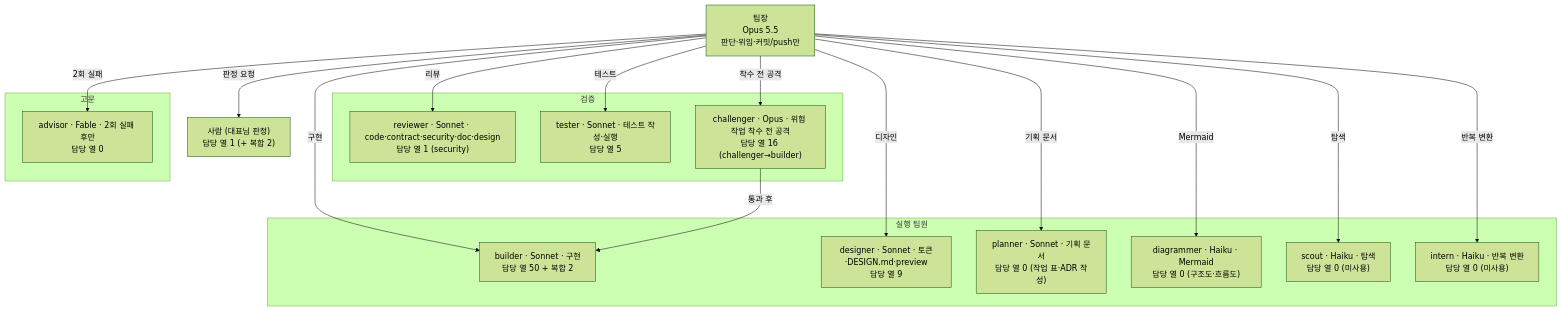
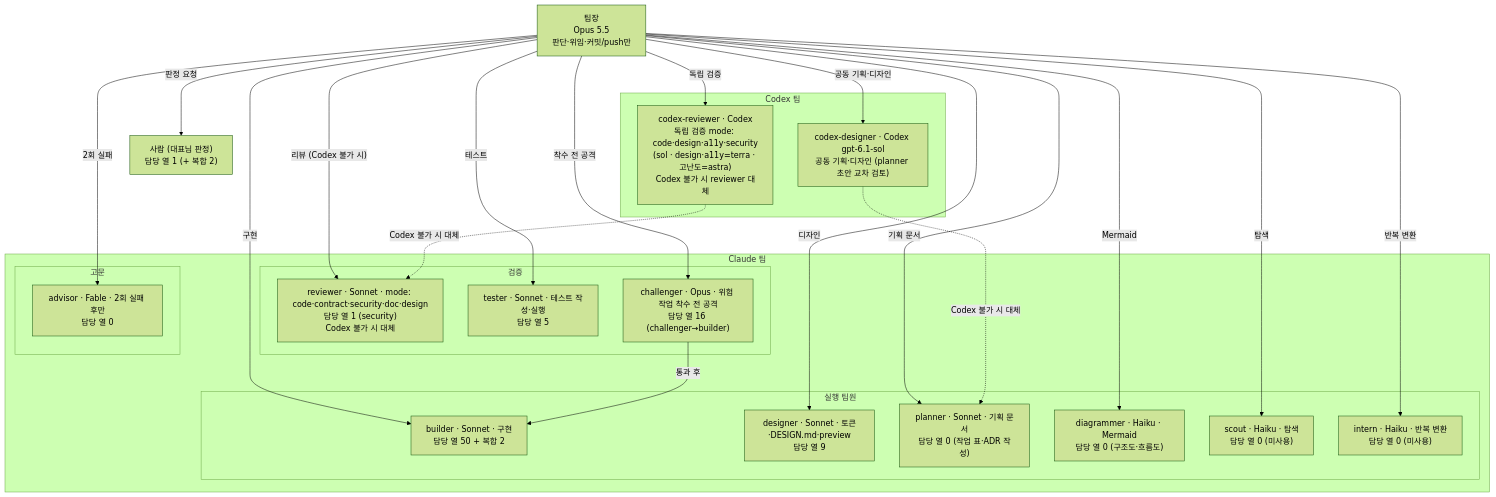
The diagram in docs/diagrams/team-org.mmd (DevOps0906/Arch-Studio), drawn with Mermaid (forest theme) before and after one commit. The commit also changed 6 other files, not shown here.

```diff
--- a/docs/diagrams/team-org.mmd
+++ b/docs/diagrams/team-org.mmd
@@ -1,36 +1,46 @@
 flowchart TB
   lead["팀장<br/>Opus 5.5<br/>판단·위임·커밋/push만"]
+  human["사람 (대표님 판정)<br/>담당 열 1 (+ 복합 2)"]
 
-  subgraph exec["실행 팀원"]
-    builder["builder · Sonnet · 구현<br/>담당 열 50 + 복합 2"]
-    designer["designer · Sonnet · 토큰·DESIGN.md·preview<br/>담당 열 9"]
-    planner["planner · Sonnet · 기획 문서<br/>담당 열 0 (작업 표·ADR 작성)"]
-    diagrammer["diagrammer · Haiku · Mermaid<br/>담당 열 0 (구조도·흐름도)"]
-    scout["scout · Haiku · 탐색<br/>담당 열 0 (미사용)"]
-    intern["intern · Haiku · 반복 변환<br/>담당 열 0 (미사용)"]
+  subgraph claude["Claude 팀"]
+    subgraph exec["실행 팀원"]
+      builder["builder · Sonnet · 구현<br/>담당 열 50 + 복합 2"]
+      designer["designer · Sonnet · 토큰·DESIGN.md·preview<br/>담당 열 9"]
+      planner["planner · Sonnet · 기획 문서<br/>담당 열 0 (작업 표·ADR 작성)"]
+      diagrammer["diagrammer · Haiku · Mermaid<br/>담당 열 0 (구조도·흐름도)"]
+      scout["scout · Haiku · 탐색<br/>담당 열 0 (미사용)"]
+      intern["intern · Haiku · 반복 변환<br/>담당 열 0 (미사용)"]
+    end
+
+    subgraph verify["검증"]
+      reviewer["reviewer · Sonnet · mode: code·contract·security·doc·design<br/>담당 열 1 (security)<br/>Codex 불가 시 대체"]
+      tester["tester · Sonnet · 테스트 작성·실행<br/>담당 열 5"]
+      challenger["challenger · Opus · 위험 작업 착수 전 공격<br/>담당 열 16 (challenger→builder)"]
+    end
+
+    subgraph expert["고문"]
+      advisor["advisor · Fable · 2회 실패 후만<br/>담당 열 0"]
+    end
   end
 
-  subgraph verify["검증"]
-    reviewer["reviewer · Sonnet · code·contract·security·doc·design<br/>담당 열 1 (security)"]
-    tester["tester · Sonnet · 테스트 작성·실행<br/>담당 열 5"]
-    challenger["challenger · Opus · 위험 작업 착수 전 공격<br/>담당 열 16 (challenger→builder)"]
+  subgraph codex["Codex 팀"]
+    cxd["codex-designer · Codex gpt-6.1-sol<br/>공동 기획·디자인 (planner 초안 교차 검토)"]
+    cxr["codex-reviewer · Codex<br/>독립 검증 mode: code·design·a11y·security<br/>(sol · design·a11y=terra · 고난도=astra)<br/>Codex 불가 시 reviewer 대체"]
   end
-
-  subgraph expert["고문"]
-    advisor["advisor · Fable · 2회 실패 후만<br/>담당 열 0"]
-  end
-
-  human["사람 (대표님 판정)<br/>담당 열 1 (+ 복합 2)"]
 
   lead -->|"구현"| builder
   lead -->|"디자인"| designer
   lead -->|"기획 문서"| planner
+  lead -->|"공동 기획·디자인"| cxd
   lead -->|"Mermaid"| diagrammer
   lead -->|"탐색"| scout
   lead -->|"반복 변환"| intern
-  lead -->|"리뷰"| reviewer
+  lead -->|"독립 검증"| cxr
+  lead -->|"리뷰 (Codex 불가 시)"| reviewer
   lead -->|"테스트"| tester
   lead -->|"착수 전 공격"| challenger
   lead -->|"2회 실패"| advisor
   lead -->|"판정 요청"| human
   challenger -->|"통과 후"| builder
+  cxd -.->|"Codex 불가 시 대체"| planner
+  cxr -.->|"Codex 불가 시 대체"| reviewer
```
